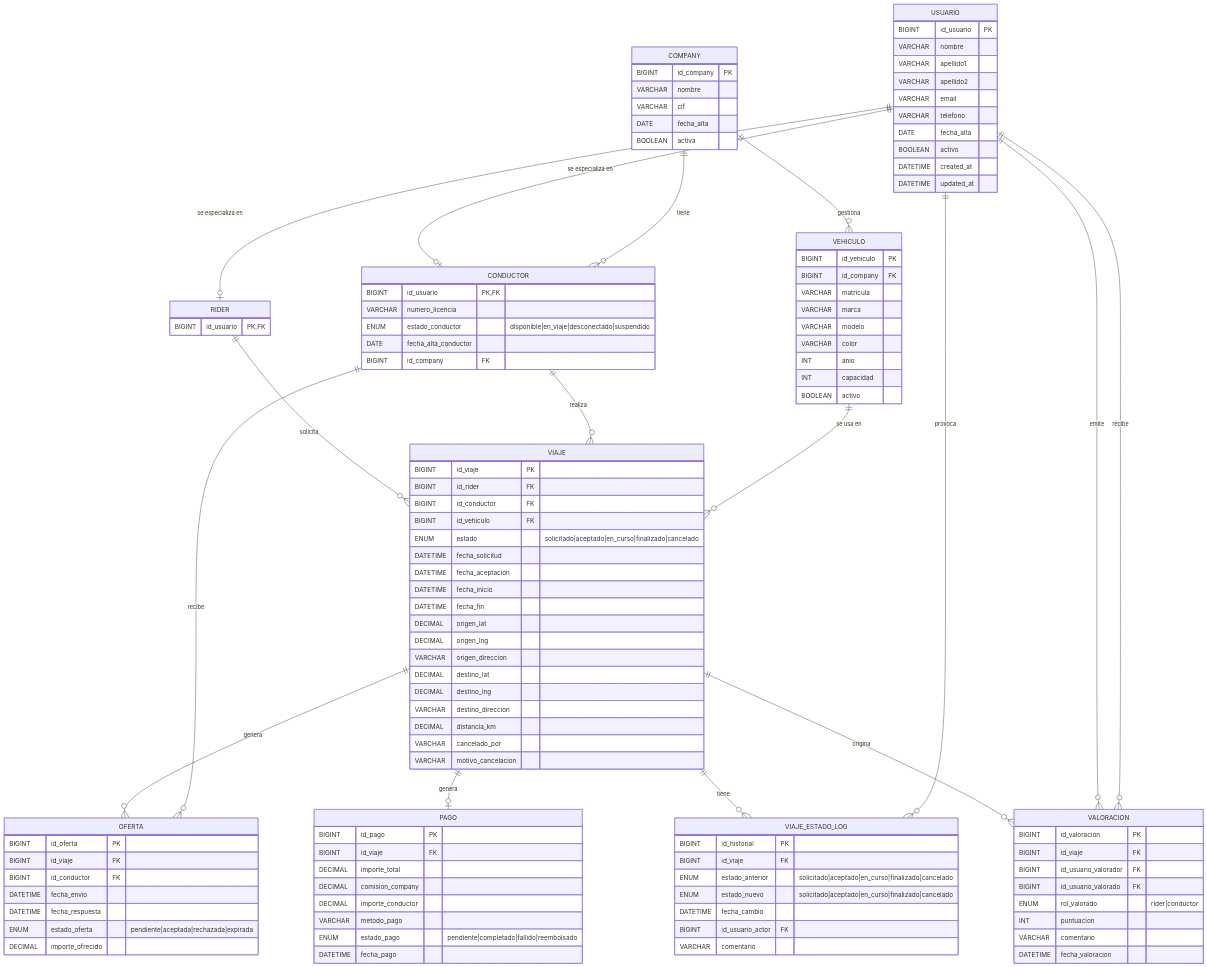
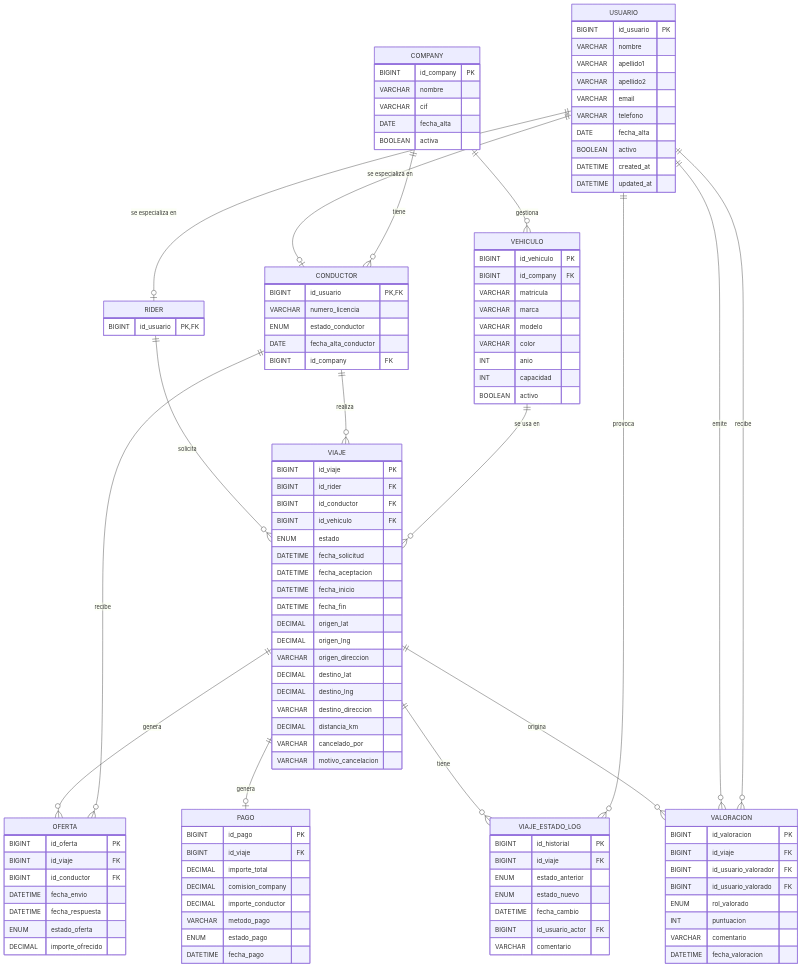
Before and after one commit to maria-acevedo-bueno/Ride_Hailing_BBDDA: the diagram in DESIGN.md, drawn with Mermaid. The commit also changed other lines of this file, not shown here.

```diff
--- a/DESIGN.md
+++ b/DESIGN.md
@@ -24,7 +24,7 @@
     CONDUCTOR {
         BIGINT id_usuario PK, FK
         VARCHAR numero_licencia
-        ENUM estado_conductor "disponible|en_viaje|desconectado|suspendido"
+        ENUM estado_conductor
         DATE fecha_alta_conductor
         BIGINT id_company FK
     }
@@ -54,7 +54,7 @@
         BIGINT id_rider FK
         BIGINT id_conductor FK
         BIGINT id_vehiculo FK
-        ENUM estado "solicitado|aceptado|en_curso|finalizado|cancelado"
+        ENUM estado
         DATETIME fecha_solicitud
         DATETIME fecha_aceptacion
         DATETIME fecha_inicio
@@ -76,7 +76,7 @@
         BIGINT id_conductor FK
         DATETIME fecha_envio
         DATETIME fecha_respuesta
-        ENUM estado_oferta "pendiente|aceptada|rechazada|expirada"
+        ENUM estado_oferta
         DECIMAL importe_ofrecido
     }
 
@@ -87,15 +87,15 @@
         DECIMAL comision_company
         DECIMAL importe_conductor
         VARCHAR metodo_pago
-        ENUM estado_pago "pendiente|completado|fallido|reembolsado"
+        ENUM estado_pago
         DATETIME fecha_pago
     }
 
     VIAJE_ESTADO_LOG {
         BIGINT id_historial PK
         BIGINT id_viaje FK
-        ENUM estado_anterior "solicitado|aceptado|en_curso|finalizado|cancelado"
-        ENUM estado_nuevo "solicitado|aceptado|en_curso|finalizado|cancelado"
+        ENUM estado_anterior
+        ENUM estado_nuevo
         DATETIME fecha_cambio
         BIGINT id_usuario_actor FK
         VARCHAR comentario
@@ -106,7 +106,7 @@
         BIGINT id_viaje FK
         BIGINT id_usuario_valorador FK
         BIGINT id_usuario_valorado FK
-        ENUM rol_valorado "rider|conductor"
+        ENUM rol_valorado
         INT puntuacion
         VARCHAR comentario
         DATETIME fecha_valoracion
```
